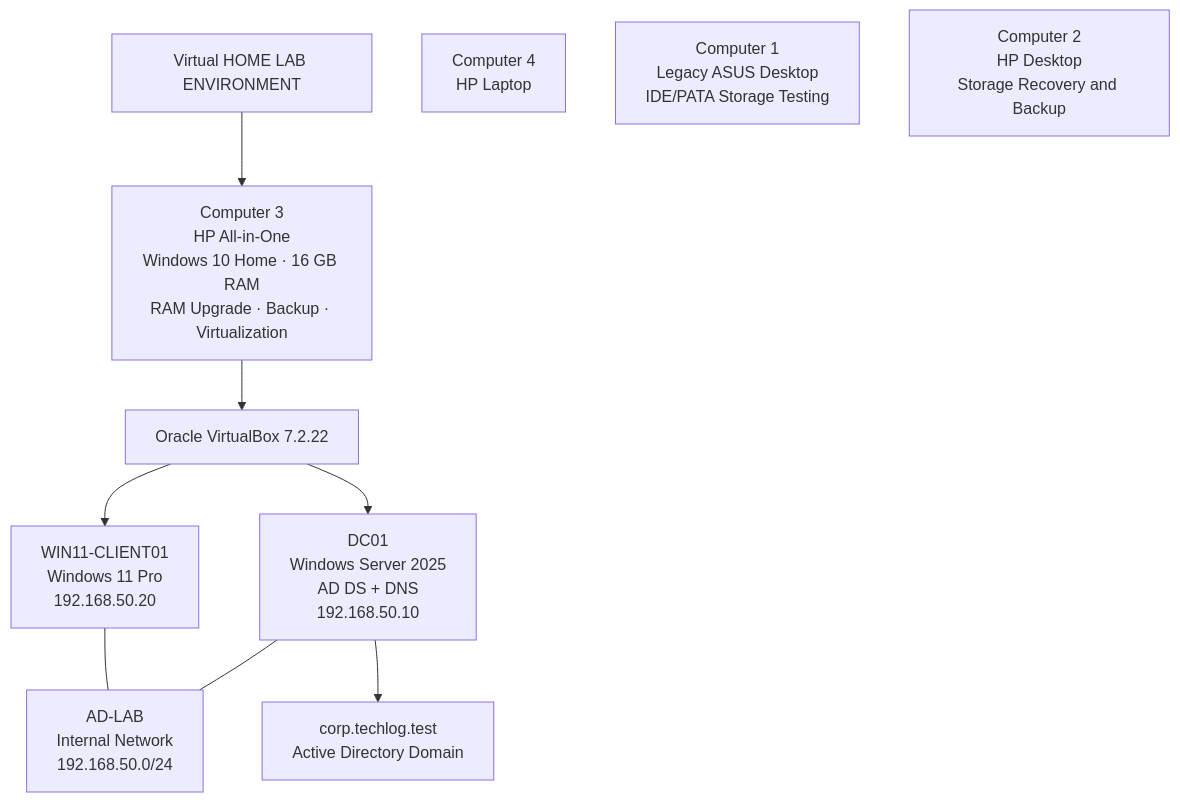
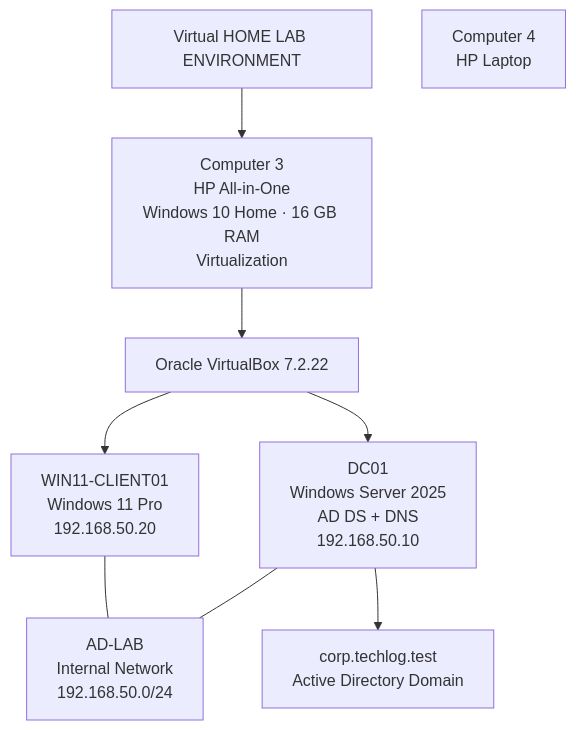
One commit to aang81a/my-it-support-portfolio changed the second of 2 diagrams in PROJECTS/01-lab-environment/lab-environment-overview.md. Above: the diagram before and after it, drawn with Mermaid.

````diff
--- a/PROJECTS/01-lab-environment/lab-environment-overview.md
+++ b/PROJECTS/01-lab-environment/lab-environment-overview.md
@@ -47,27 +47,22 @@
 ```mermaid
 flowchart TB
     HOME["Virtual HOME LAB ENVIRONMENT"]
 
     C3["Computer 3<br/>HP All-in-One<br/>Windows 10 Home · 16 GB RAM<br/>Virtualization"]
     C4["Computer 4<br/>HP Laptop<br/>"]
 
     VB["Oracle VirtualBox 7.2.22"]
     CLIENT["WIN11-CLIENT01<br/>Windows 11 Pro<br/>192.168.50.20"]
     SERVER["DC01<br/>Windows Server 2025<br/>AD DS + DNS<br/>192.168.50.10"]
     NETWORK["AD-LAB<br/>Internal Network<br/>192.168.50.0/24"]
     DOMAIN["corp.techlog.test<br/>Active Directory Domain"]
 
-
-    C1["Computer 1<br/>Legacy ASUS Desktop<br/>IDE/PATA Storage Testing"]
-    C2["Computer 2<br/>HP Desktop<br/>Storage Recovery and Backup"]
-    C3["Computer 3<br/>HP All-in-One<br/>Windows 10 Home · 16 GB RAM<br/>RAM Upgrade · Backup · Virtualization"]
-
     HOME --> C3
 
     C3 --> VB
     VB --> CLIENT
     VB --> SERVER
     CLIENT --- NETWORK
     SERVER --- NETWORK
     SERVER --> DOMAIN
 ```
````
